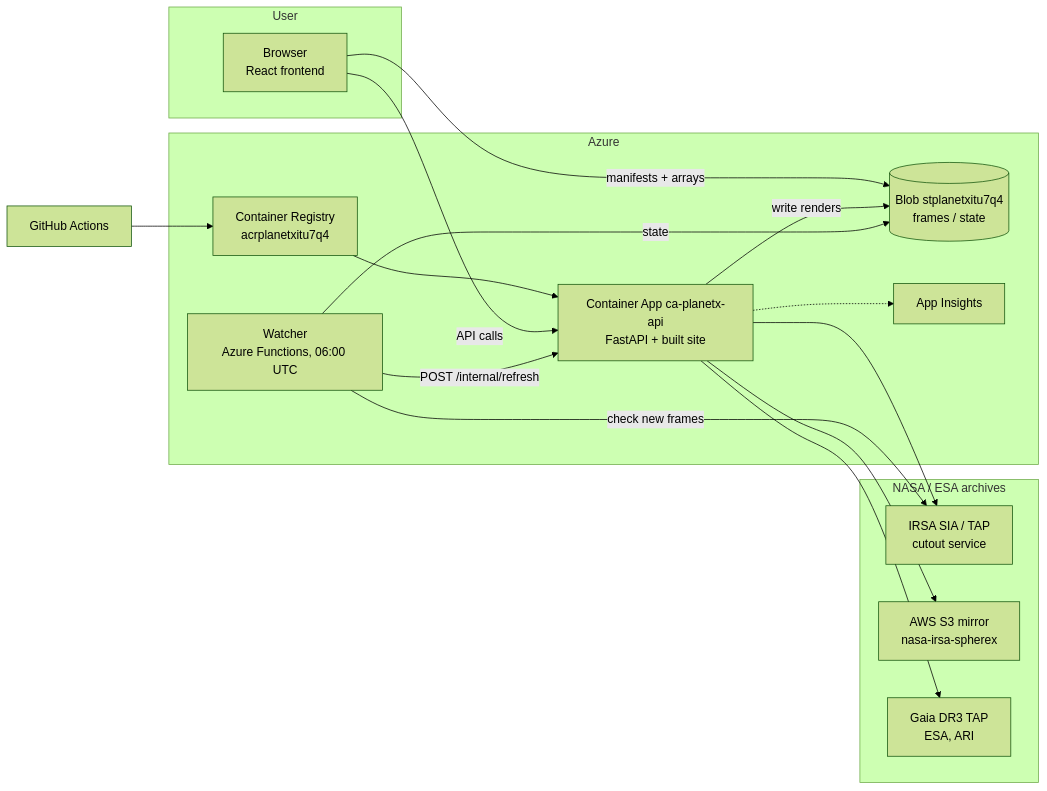
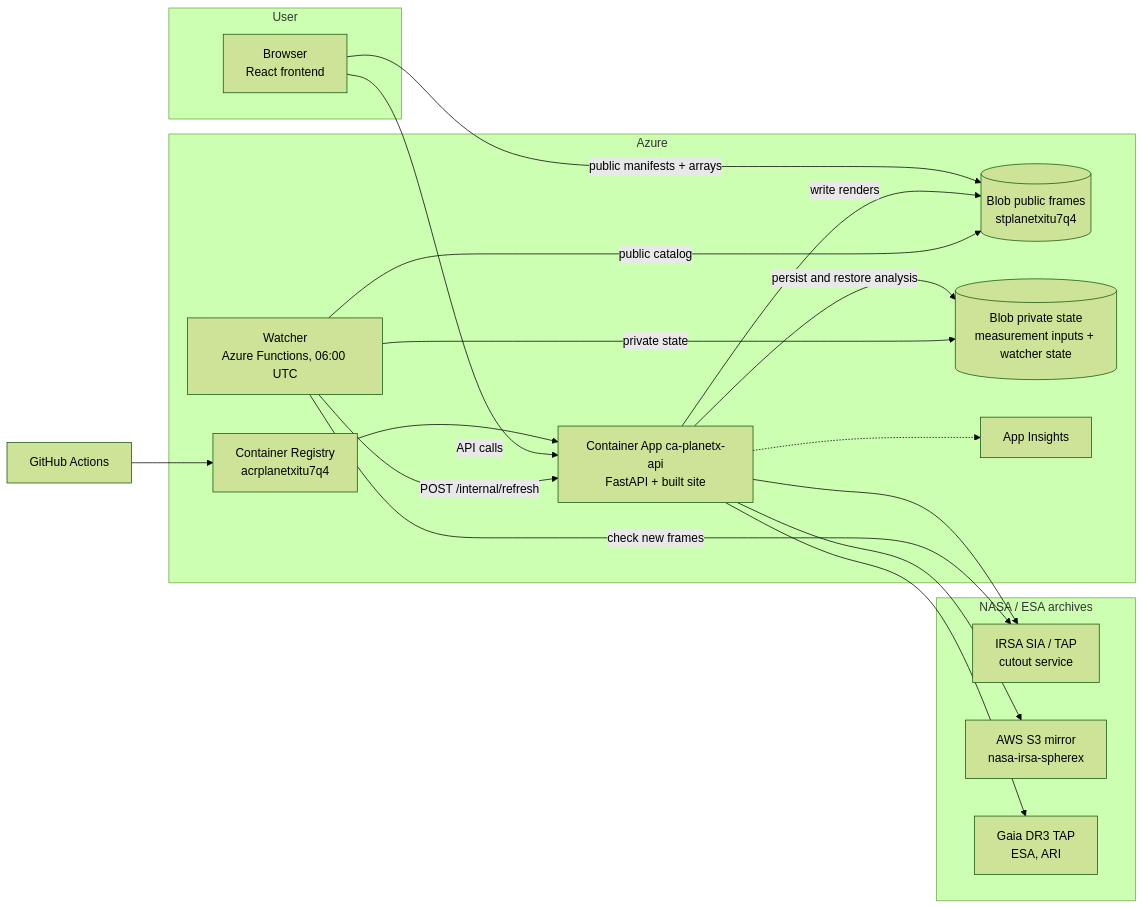
Before and after one commit to edug-0/IntoTheUnknown: the first of 2 diagrams in docs/SYSTEM_DESIGN.md, drawn with Mermaid (forest theme). The commit also changed other lines of this file and 3 other files, not shown here.

````diff
--- a/docs/SYSTEM_DESIGN.md
+++ b/docs/SYSTEM_DESIGN.md
@@ -30,29 +30,32 @@
 ```mermaid
 flowchart LR
   subgraph User
     B[Browser<br/>React frontend]
   end
   subgraph Azure
     CA[Container App ca-planetx-api<br/>FastAPI + built site]
-    BL[(Blob stplanetxitu7q4<br/>frames / state)]
+    BL[(Blob public frames<br/>stplanetxitu7q4)]
+    ST[(Blob private state<br/>measurement inputs + watcher state)]
     FN[Watcher<br/>Azure Functions, 06:00 UTC]
     ACR[Container Registry<br/>acrplanetxitu7q4]
     AI[App Insights]
   end
   subgraph Archives[NASA / ESA archives]
     IRSA[IRSA SIA / TAP<br/>cutout service]
     S3[AWS S3 mirror<br/>nasa-irsa-spherex]
     GAIA[Gaia DR3 TAP<br/>ESA, ARI]
   end
   GH[GitHub Actions] --> ACR --> CA
   B -- API calls --> CA
-  B -- manifests + arrays --> BL
+  B -- public manifests + arrays --> BL
   CA -- write renders --> BL
+  CA -- persist and restore analysis --> ST
   CA --> IRSA
   CA --> S3
   CA --> GAIA
   CA -.-> AI
   FN -- check new frames --> IRSA
-  FN -- state --> BL
+  FN -- private state --> ST
+  FN -- public catalog --> BL
   FN -- POST /internal/refresh --> CA
 ```
````
